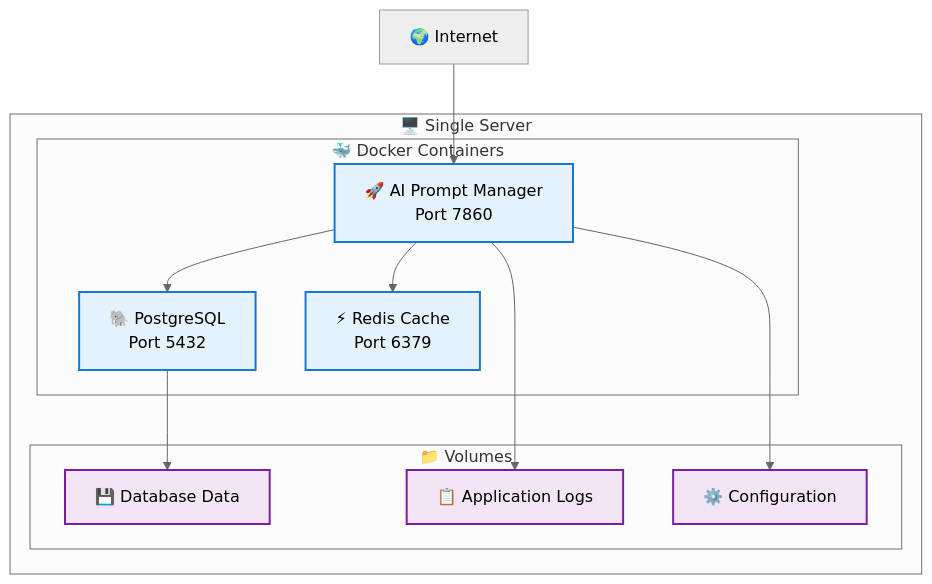
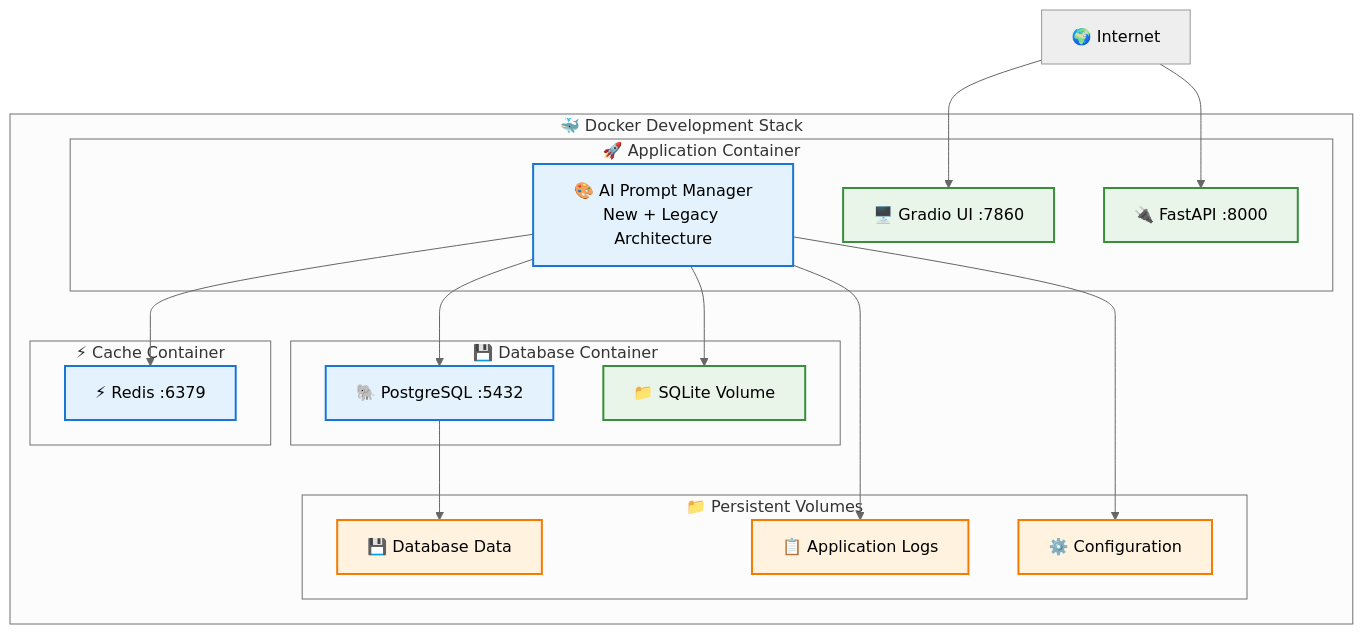
The ninth of 16 diagrams in ARCHITECTURE.md (MakerCorn/ai-prompt-manager), drawn with Mermaid (neutral theme) before and after one commit. The commit also changed other lines of this file and 39 other files, not shown here.

````diff
--- a/ARCHITECTURE.md
+++ b/ARCHITECTURE.md
@@ -464,30 +565,44 @@
 ```mermaid
 graph TB
-    subgraph "🖥️ Single Server"
-        subgraph "🐳 Docker Containers"
-            APP[🚀 AI Prompt Manager<br/>Port 7860]
-            DB[🐘 PostgreSQL<br/>Port 5432]
-            REDIS[⚡ Redis Cache<br/>Port 6379]
+    subgraph "🐳 Docker Development Stack"
+        subgraph "🚀 Application Container"
+            APP[🎨 AI Prompt Manager<br/>New + Legacy Architecture]
+            GRADIO[🖥️ Gradio UI :7860]
+            API[🔌 FastAPI :8000]
         end
         
-        subgraph "📁 Volumes"
-            DATA[💾 Database Data]
-            LOGS[📋 Application Logs]
-            CONFIG[⚙️ Configuration]
+        subgraph "💾 Database Container"
+            POSTGRES[🐘 PostgreSQL :5432]
+            SQLITE[📁 SQLite Volume]
+        end
+        
+        subgraph "⚡ Cache Container"
+            REDIS[⚡ Redis :6379]
+        end
+        
+        subgraph "📁 Persistent Volumes"
+            DB_DATA[💾 Database Data]
+            APP_LOGS[📋 Application Logs]
+            CONFIG_VOL[⚙️ Configuration]
         end
     end
 
-    INTERNET[🌍 Internet] --> APP
-    APP --> DB
+    INTERNET[🌍 Internet] --> GRADIO
+    INTERNET --> API
+    
+    APP --> POSTGRES
+    APP --> SQLITE
     APP --> REDIS
     
-    DB --> DATA
-    APP --> LOGS
-    APP --> CONFIG
+    POSTGRES --> DB_DATA
+    APP --> APP_LOGS
+    APP --> CONFIG_VOL
 
     classDef container fill:#e3f2fd,stroke:#1976d2,stroke-width:2px
-    classDef volume fill:#f3e5f5,stroke:#7b1fa2,stroke-width:2px
+    classDef service fill:#e8f5e8,stroke:#388e3c,stroke-width:2px
+    classDef volume fill:#fff3e0,stroke:#f57c00,stroke-width:2px
 
-    class APP,DB,REDIS container
-    class DATA,LOGS,CONFIG volume
+    class APP,POSTGRES,REDIS container
+    class GRADIO,API,SQLITE service
+    class DB_DATA,APP_LOGS,CONFIG_VOL volume
 ```
````
